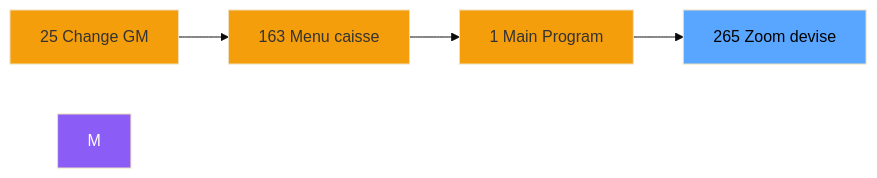
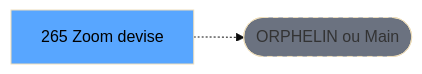
The second of 3 diagrams in .openspec/renders/ADH-IDE-265.md (thonyAGP/lecteur-magic), drawn with Mermaid (base theme) before and after one commit. The commit also changed other lines of this file and 701 other files, not shown here.

````diff
--- a/.openspec/renders/ADH-IDE-265.md
+++ b/.openspec/renders/ADH-IDE-265.md
@@ -113,15 +117,8 @@
 ```mermaid
 graph LR
-    N25[25 Change GM]
-    N163[163 Menu caisse ]
-    N1[1 Main Program]
     T[265 Zoom devise]
-    N25 --> N163
-    N163 --> N1
-    N1 --> T
-    style M fill:#8b5cf6,color:#fff
-    style N25 fill:#f59e0b
-    style N163 fill:#f59e0b
-    style N1 fill:#f59e0b
+    ORPHAN([ORPHELIN ou Main])
+    T -.-> ORPHAN
     style T fill:#58a6ff,color:#000
+    style ORPHAN fill:#6b7280,stroke-dasharray: 5 5
 ```
````
